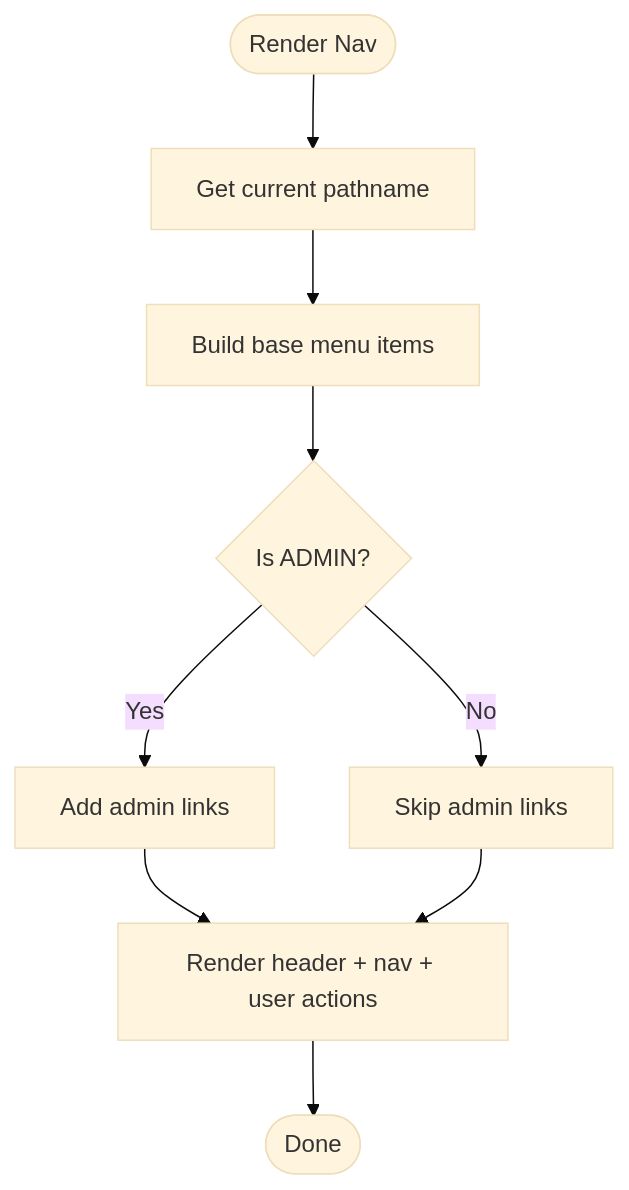
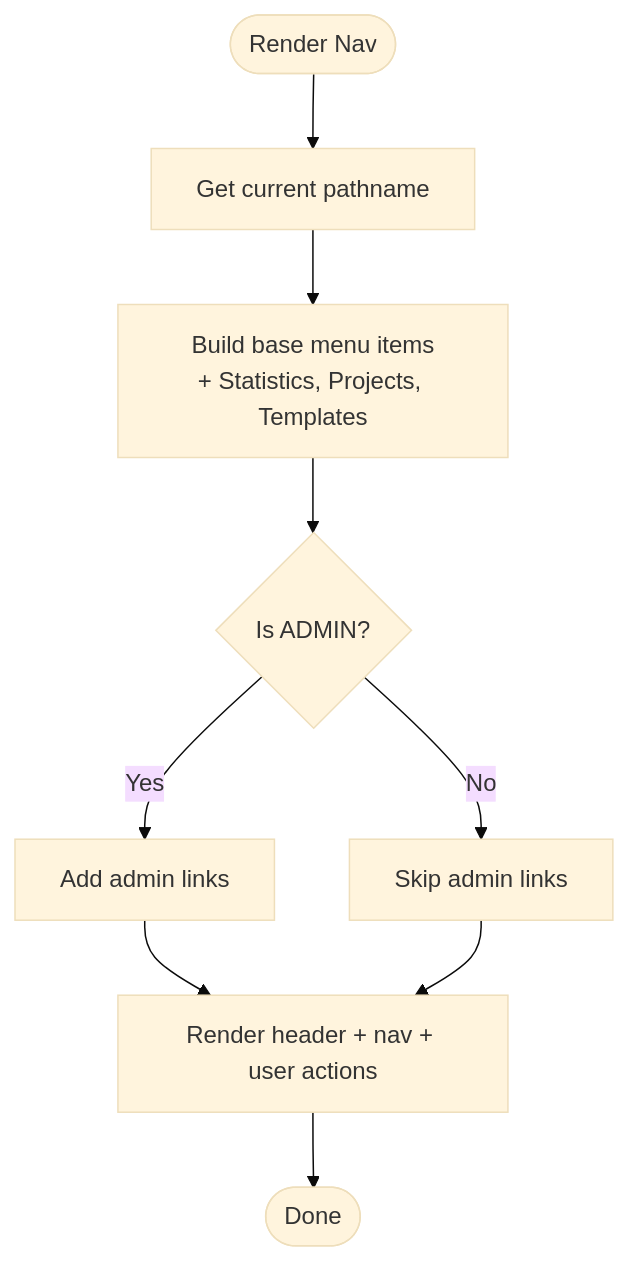
The third of 13 diagrams in .qoder/repowiki/en/content/Frontend Components/Frontend Components.md (jrj444/git-daily), drawn with Mermaid (base theme) before and after one commit. The commit also changed other lines of this file and 26 other files, not shown here.

````diff
--- a/.qoder/repowiki/en/content/Frontend Components/Frontend Components.md
+++ b/.qoder/repowiki/en/content/Frontend Components/Frontend Components.md
@@ -183,11 +243,11 @@
 ```mermaid
 flowchart TD
 Start(["Render Nav"]) --> GetPath["Get current pathname"]
-GetPath --> BuildItems["Build base menu items"]
+GetPath --> BuildItems["Build base menu items<br/>+ Statistics, Projects, Templates"]
 BuildItems --> CheckRole{"Is ADMIN?"}
 CheckRole --> |Yes| AddAdmin["Add admin links"]
 CheckRole --> |No| SkipAdmin["Skip admin links"]
 AddAdmin --> RenderNav["Render header + nav + user actions"]
 SkipAdmin --> RenderNav
 RenderNav --> End(["Done"])
 ```
````
